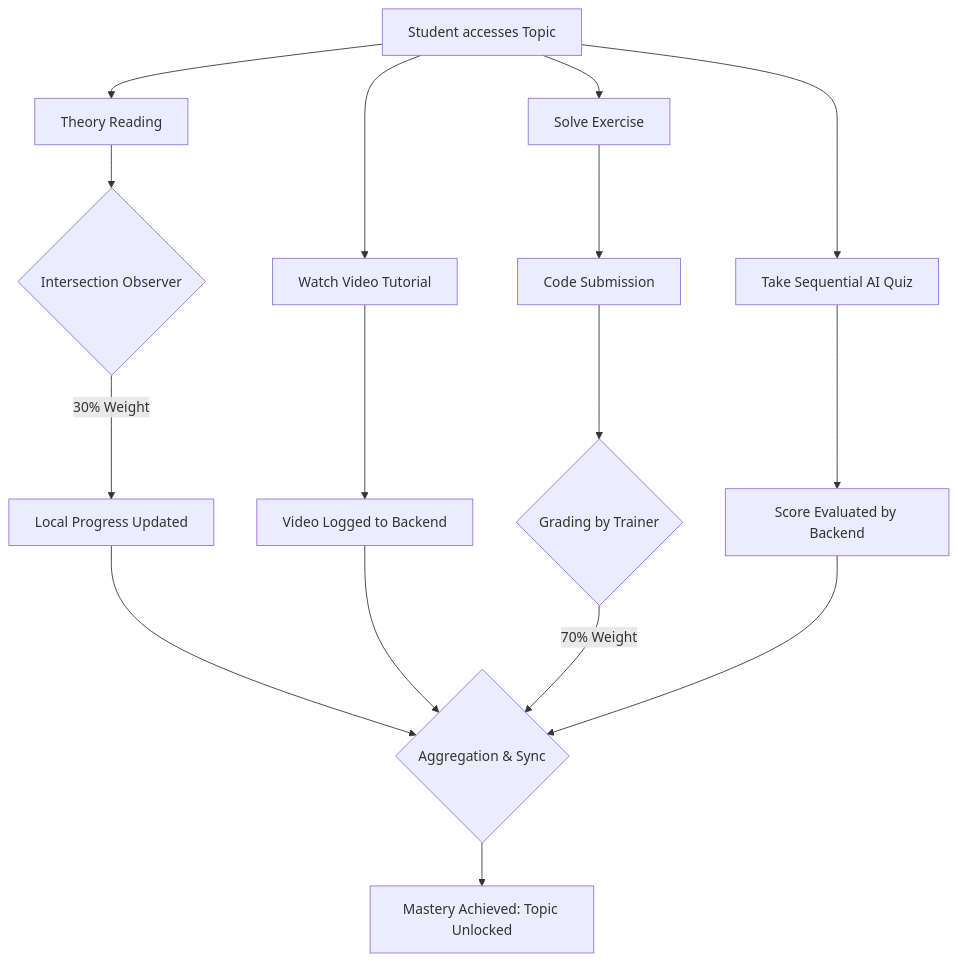
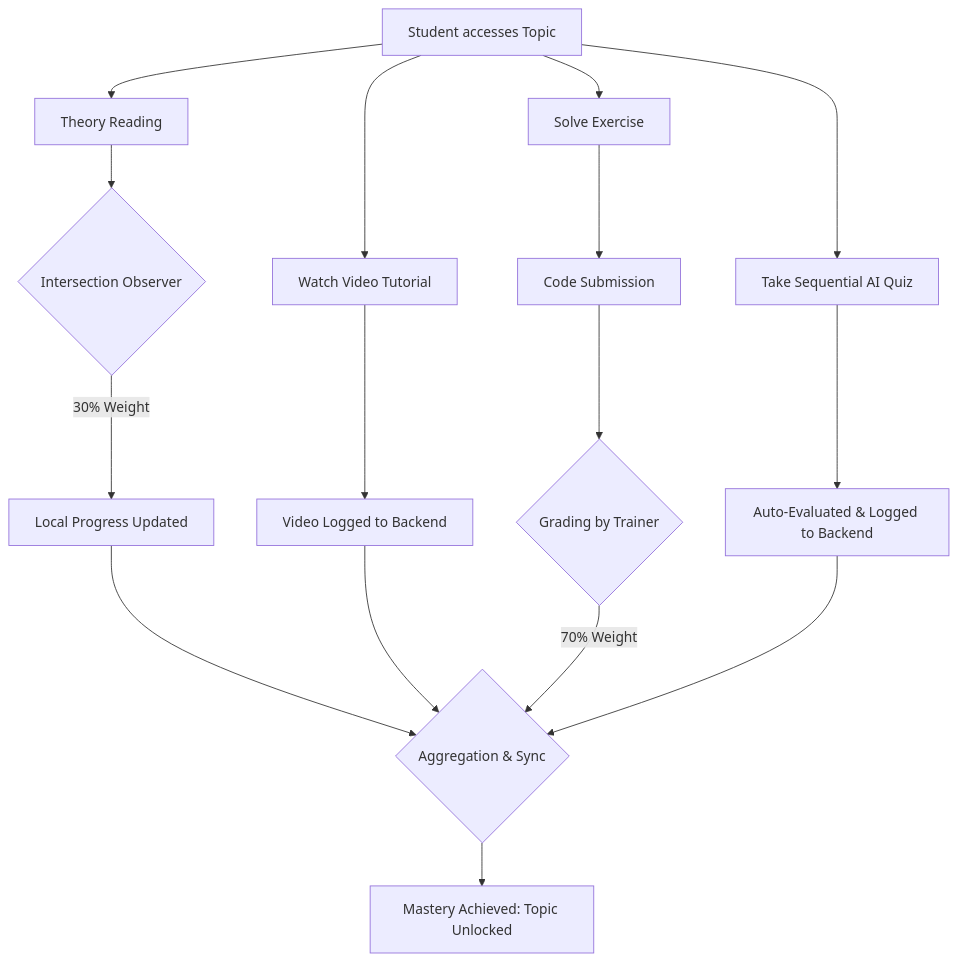
One commit to suyash-rgb/JS-Mentor changed the seventh of 8 diagrams in README.md. Above: the diagram before and after it, drawn with Mermaid.

Commit message:
docs: correct quiz evaluation step in progress tracking flow

````diff
--- a/README.md
+++ b/README.md
@@ -311,23 +311,23 @@
 ```mermaid
 flowchart TD
     A[Student accesses Topic] --> B[Theory Reading]
     B --> C{Intersection Observer}
     C -- 30% Weight --> D[Local Progress Updated]
     
     A --> E[Watch Video Tutorial]
     E --> F[Video Logged to Backend]
     
     A --> G[Solve Exercise]
     G --> H[Code Submission]
     H --> I{Grading by Trainer}
     
     A --> J[Take Sequential AI Quiz]
-    J --> K[Score Evaluated by Backend]
+    J --> K[Auto-Evaluated & Logged to Backend]
     
     D --> L{Aggregation & Sync}
     F --> L
     I -- 70% Weight --> L
     K --> L
     
     L --> M[Mastery Achieved: Topic Unlocked]
 ```
````
